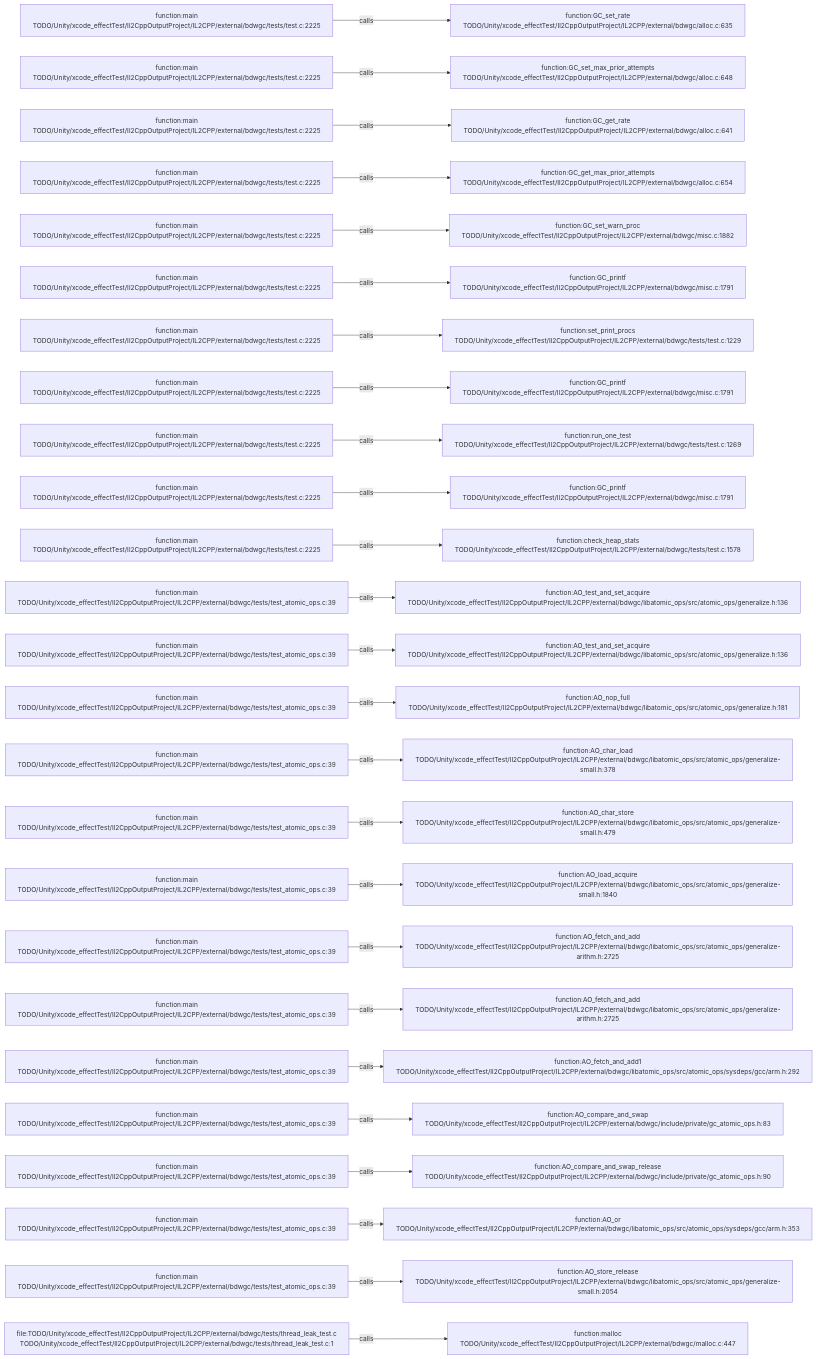
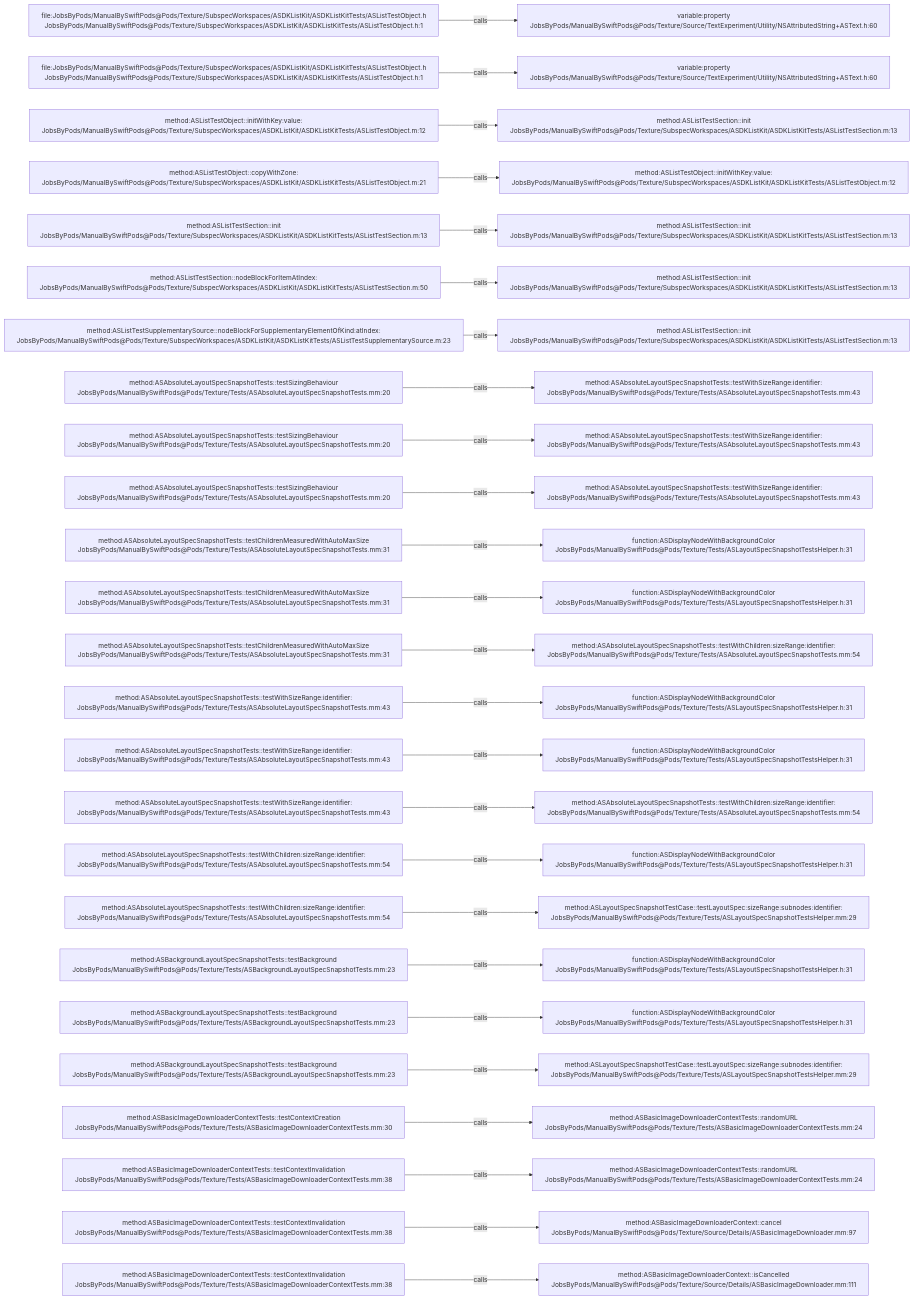
Before and after one commit to JobsKits/JobsSwiftBaseConfigDemo: the diagram in .codegraph/codegraph.md/graphs/calls-179.md, drawn with Mermaid. The commit also changed 2959 other files, not shown here.

````diff
--- a/.codegraph/codegraph.md/graphs/calls-179.md
+++ b/.codegraph/codegraph.md/graphs/calls-179.md
@@ -13,78 +13,78 @@
 ```mermaid
 flowchart LR
-  S1["function:main<br/>TODO/Unity/xcode_effectTest/Il2CppOutputProject/IL2CPP/external/bdwgc/tests/test.c:2225"]
-  T1["function:GC_set_rate<br/>TODO/Unity/xcode_effectTest/Il2CppOutputProject/IL2CPP/external/bdwgc/alloc.c:635"]
+  S1["file:JobsByPods/ManualBySwiftPods@Pods/Texture/SubspecWorkspaces/ASDKListKit/ASDKListKitTests/ASListTestObject.h<br/>JobsByPods/ManualBySwiftPods@Pods/Texture/SubspecWorkspaces/ASDKListKit/ASDKListKitTests/ASListTestObject.h:1"]
+  T1["variable:property<br/>JobsByPods/ManualBySwiftPods@Pods/Texture/Source/TextExperiment/Utility/NSAttributedString+ASText.h:60"]
   S1 -->|calls| T1
-  S2["function:main<br/>TODO/Unity/xcode_effectTest/Il2CppOutputProject/IL2CPP/external/bdwgc/tests/test.c:2225"]
-  T2["function:GC_set_max_prior_attempts<br/>TODO/Unity/xcode_effectTest/Il2CppOutputProject/IL2CPP/external/bdwgc/alloc.c:648"]
+  S2["file:JobsByPods/ManualBySwiftPods@Pods/Texture/SubspecWorkspaces/ASDKListKit/ASDKListKitTests/ASListTestObject.h<br/>JobsByPods/ManualBySwiftPods@Pods/Texture/SubspecWorkspaces/ASDKListKit/ASDKListKitTests/ASListTestObject.h:1"]
+  T2["variable:property<br/>JobsByPods/ManualBySwiftPods@Pods/Texture/Source/TextExperiment/Utility/NSAttributedString+ASText.h:60"]
   S2 -->|calls| T2
-  S3["function:main<br/>TODO/Unity/xcode_effectTest/Il2CppOutputProject/IL2CPP/external/bdwgc/tests/test.c:2225"]
-  T3["function:GC_get_rate<br/>TODO/Unity/xcode_effectTest/Il2CppOutputProject/IL2CPP/external/bdwgc/alloc.c:641"]
+  S3["method:ASListTestObject::initWithKey:value:<br/>JobsByPods/ManualBySwiftPods@Pods/Texture/SubspecWorkspaces/ASDKListKit/ASDKListKitTests/ASListTestObject.m:12"]
+  T3["method:ASListTestSection::init<br/>JobsByPods/ManualBySwiftPods@Pods/Texture/SubspecWorkspaces/ASDKListKit/ASDKListKitTests/ASListTestSection.m:13"]
   S3 -->|calls| T3
-  S4["function:main<br/>TODO/Unity/xcode_effectTest/Il2CppOutputProject/IL2CPP/external/bdwgc/tests/test.c:2225"]
-  T4["function:GC_get_max_prior_attempts<br/>TODO/Unity/xcode_effectTest/Il2CppOutputProject/IL2CPP/external/bdwgc/alloc.c:654"]
+  S4["method:ASListTestObject::copyWithZone:<br/>JobsByPods/ManualBySwiftPods@Pods/Texture/SubspecWorkspaces/ASDKListKit/ASDKListKitTests/ASListTestObject.m:21"]
+  T4["method:ASListTestObject::initWithKey:value:<br/>JobsByPods/ManualBySwiftPods@Pods/Texture/SubspecWorkspaces/ASDKListKit/ASDKListKitTests/ASListTestObject.m:12"]
   S4 -->|calls| T4
-  S5["function:main<br/>TODO/Unity/xcode_effectTest/Il2CppOutputProject/IL2CPP/external/bdwgc/tests/test.c:2225"]
-  T5["function:GC_set_warn_proc<br/>TODO/Unity/xcode_effectTest/Il2CppOutputProject/IL2CPP/external/bdwgc/misc.c:1882"]
+  S5["method:ASListTestSection::init<br/>JobsByPods/ManualBySwiftPods@Pods/Texture/SubspecWorkspaces/ASDKListKit/ASDKListKitTests/ASListTestSection.m:13"]
+  T5["method:ASListTestSection::init<br/>JobsByPods/ManualBySwiftPods@Pods/Texture/SubspecWorkspaces/ASDKListKit/ASDKListKitTests/ASListTestSection.m:13"]
   S5 -->|calls| T5
-  S6["function:main<br/>TODO/Unity/xcode_effectTest/Il2CppOutputProject/IL2CPP/external/bdwgc/tests/test.c:2225"]
-  T6["function:GC_printf<br/>TODO/Unity/xcode_effectTest/Il2CppOutputProject/IL2CPP/external/bdwgc/misc.c:1791"]
+  S6["method:ASListTestSection::nodeBlockForItemAtIndex:<br/>JobsByPods/ManualBySwiftPods@Pods/Texture/SubspecWorkspaces/ASDKListKit/ASDKListKitTests/ASListTestSection.m:50"]
+  T6["method:ASListTestSection::init<br/>JobsByPods/ManualBySwiftPods@Pods/Texture/SubspecWorkspaces/ASDKListKit/ASDKListKitTests/ASListTestSection.m:13"]
   S6 -->|calls| T6
-  S7["function:main<br/>TODO/Unity/xcode_effectTest/Il2CppOutputProject/IL2CPP/external/bdwgc/tests/test.c:2225"]
-  T7["function:set_print_procs<br/>TODO/Unity/xcode_effectTest/Il2CppOutputProject/IL2CPP/external/bdwgc/tests/test.c:1229"]
+  S7["method:ASListTestSupplementarySource::nodeBlockForSupplementaryElementOfKind:atIndex:<br/>JobsByPods/ManualBySwiftPods@Pods/Texture/SubspecWorkspaces/ASDKListKit/ASDKListKitTests/ASListTestSupplementarySource.m:23"]
+  T7["method:ASListTestSection::init<br/>JobsByPods/ManualBySwiftPods@Pods/Texture/SubspecWorkspaces/ASDKListKit/ASDKListKitTests/ASListTestSection.m:13"]
   S7 -->|calls| T7
-  S8["function:main<br/>TODO/Unity/xcode_effectTest/Il2CppOutputProject/IL2CPP/external/bdwgc/tests/test.c:2225"]
-  T8["function:GC_printf<br/>TODO/Unity/xcode_effectTest/Il2CppOutputProject/IL2CPP/external/bdwgc/misc.c:1791"]
+  S8["method:ASAbsoluteLayoutSpecSnapshotTests::testSizingBehaviour<br/>JobsByPods/ManualBySwiftPods@Pods/Texture/Tests/ASAbsoluteLayoutSpecSnapshotTests.mm:20"]
+  T8["method:ASAbsoluteLayoutSpecSnapshotTests::testWithSizeRange:identifier:<br/>JobsByPods/ManualBySwiftPods@Pods/Texture/Tests/ASAbsoluteLayoutSpecSnapshotTests.mm:43"]
   S8 -->|calls| T8
-  S9["function:main<br/>TODO/Unity/xcode_effectTest/Il2CppOutputProject/IL2CPP/external/bdwgc/tests/test.c:2225"]
-  T9["function:run_one_test<br/>TODO/Unity/xcode_effectTest/Il2CppOutputProject/IL2CPP/external/bdwgc/tests/test.c:1269"]
+  S9["method:ASAbsoluteLayoutSpecSnapshotTests::testSizingBehaviour<br/>JobsByPods/ManualBySwiftPods@Pods/Texture/Tests/ASAbsoluteLayoutSpecSnapshotTests.mm:20"]
+  T9["method:ASAbsoluteLayoutSpecSnapshotTests::testWithSizeRange:identifier:<br/>JobsByPods/ManualBySwiftPods@Pods/Texture/Tests/ASAbsoluteLayoutSpecSnapshotTests.mm:43"]
   S9 -->|calls| T9
-  S10["function:main<br/>TODO/Unity/xcode_effectTest/Il2CppOutputProject/IL2CPP/external/bdwgc/tests/test.c:2225"]
-  T10["function:GC_printf<br/>TODO/Unity/xcode_effectTest/Il2CppOutputProject/IL2CPP/external/bdwgc/misc.c:1791"]
+  S10["method:ASAbsoluteLayoutSpecSnapshotTests::testSizingBehaviour<br/>JobsByPods/ManualBySwiftPods@Pods/Texture/Tests/ASAbsoluteLayoutSpecSnapshotTests.mm:20"]
+  T10["method:ASAbsoluteLayoutSpecSnapshotTests::testWithSizeRange:identifier:<br/>JobsByPods/ManualBySwiftPods@Pods/Texture/Tests/ASAbsoluteLayoutSpecSnapshotTests.mm:43"]
   S10 -->|calls| T10
-  S11["function:main<br/>TODO/Unity/xcode_effectTest/Il2CppOutputProject/IL2CPP/external/bdwgc/tests/test.c:2225"]
-  T11["function:check_heap_stats<br/>TODO/Unity/xcode_effectTest/Il2CppOutputProject/IL2CPP/external/bdwgc/tests/test.c:1578"]
+  S11["method:ASAbsoluteLayoutSpecSnapshotTests::testChildrenMeasuredWithAutoMaxSize<br/>JobsByPods/ManualBySwiftPods@Pods/Texture/Tests/ASAbsoluteLayoutSpecSnapshotTests.mm:31"]
+  T11["function:ASDisplayNodeWithBackgroundColor<br/>JobsByPods/ManualBySwiftPods@Pods/Texture/Tests/ASLayoutSpecSnapshotTestsHelper.h:31"]
   S11 -->|calls| T11
-  S12["function:main<br/>TODO/Unity/xcode_effectTest/Il2CppOutputProject/IL2CPP/external/bdwgc/tests/test_atomic_ops.c:39"]
-  T12["function:AO_test_and_set_acquire<br/>TODO/Unity/xcode_effectTest/Il2CppOutputProject/IL2CPP/external/bdwgc/libatomic_ops/src/atomic_ops/generalize.h:136"]
+  S12["method:ASAbsoluteLayoutSpecSnapshotTests::testChildrenMeasuredWithAutoMaxSize<br/>JobsByPods/ManualBySwiftPods@Pods/Texture/Tests/ASAbsoluteLayoutSpecSnapshotTests.mm:31"]
+  T12["function:ASDisplayNodeWithBackgroundColor<br/>JobsByPods/ManualBySwiftPods@Pods/Texture/Tests/ASLayoutSpecSnapshotTestsHelper.h:31"]
   S12 -->|calls| T12
-  S13["function:main<br/>TODO/Unity/xcode_effectTest/Il2CppOutputProject/IL2CPP/external/bdwgc/tests/test_atomic_ops.c:39"]
-  T13["function:AO_test_and_set_acquire<br/>TODO/Unity/xcode_effectTest/Il2CppOutputProject/IL2CPP/external/bdwgc/libatomic_ops/src/atomic_ops/generalize.h:136"]
+  S13["method:ASAbsoluteLayoutSpecSnapshotTests::testChildrenMeasuredWithAutoMaxSize<br/>JobsByPods/ManualBySwiftPods@Pods/Texture/Tests/ASAbsoluteLayoutSpecSnapshotTests.mm:31"]
+  T13["method:ASAbsoluteLayoutSpecSnapshotTests::testWithChildren:sizeRange:identifier:<br/>JobsByPods/ManualBySwiftPods@Pods/Texture/Tests/ASAbsoluteLayoutSpecSnapshotTests.mm:54"]
   S13 -->|calls| T13
-  S14["function:main<br/>TODO/Unity/xcode_effectTest/Il2CppOutputProject/IL2CPP/external/bdwgc/tests/test_atomic_ops.c:39"]
-  T14["function:AO_nop_full<br/>TODO/Unity/xcode_effectTest/Il2CppOutputProject/IL2CPP/external/bdwgc/libatomic_ops/src/atomic_ops/generalize.h:181"]
+  S14["method:ASAbsoluteLayoutSpecSnapshotTests::testWithSizeRange:identifier:<br/>JobsByPods/ManualBySwiftPods@Pods/Texture/Tests/ASAbsoluteLayoutSpecSnapshotTests.mm:43"]
+  T14["function:ASDisplayNodeWithBackgroundColor<br/>JobsByPods/ManualBySwiftPods@Pods/Texture/Tests/ASLayoutSpecSnapshotTestsHelper.h:31"]
   S14 -->|calls| T14
-  S15["function:main<br/>TODO/Unity/xcode_effectTest/Il2CppOutputProject/IL2CPP/external/bdwgc/tests/test_atomic_ops.c:39"]
-  T15["function:AO_char_load<br/>TODO/Unity/xcode_effectTest/Il2CppOutputProject/IL2CPP/external/bdwgc/libatomic_ops/src/atomic_ops/generalize-small.h:378"]
+  S15["method:ASAbsoluteLayoutSpecSnapshotTests::testWithSizeRange:identifier:<br/>JobsByPods/ManualBySwiftPods@Pods/Texture/Tests/ASAbsoluteLayoutSpecSnapshotTests.mm:43"]
+  T15["function:ASDisplayNodeWithBackgroundColor<br/>JobsByPods/ManualBySwiftPods@Pods/Texture/Tests/ASLayoutSpecSnapshotTestsHelper.h:31"]
   S15 -->|calls| T15
-  S16["function:main<br/>TODO/Unity/xcode_effectTest/Il2CppOutputProject/IL2CPP/external/bdwgc/tests/test_atomic_ops.c:39"]
-  T16["function:AO_char_store<br/>TODO/Unity/xcode_effectTest/Il2CppOutputProject/IL2CPP/external/bdwgc/libatomic_ops/src/atomic_ops/generalize-small.h:479"]
+  S16["method:ASAbsoluteLayoutSpecSnapshotTests::testWithSizeRange:identifier:<br/>JobsByPods/ManualBySwiftPods@Pods/Texture/Tests/ASAbsoluteLayoutSpecSnapshotTests.mm:43"]
+  T16["method:ASAbsoluteLayoutSpecSnapshotTests::testWithChildren:sizeRange:identifier:<br/>JobsByPods/ManualBySwiftPods@Pods/Texture/Tests/ASAbsoluteLayoutSpecSnapshotTests.mm:54"]
   S16 -->|calls| T16
-  S17["function:main<br/>TODO/Unity/xcode_effectTest/Il2CppOutputProject/IL2CPP/external/bdwgc/tests/test_atomic_ops.c:39"]
-  T17["function:AO_load_acquire<br/>TODO/Unity/xcode_effectTest/Il2CppOutputProject/IL2CPP/external/bdwgc/libatomic_ops/src/atomic_ops/generalize-small.h:1840"]
+  S17["method:ASAbsoluteLayoutSpecSnapshotTests::testWithChildren:sizeRange:identifier:<br/>JobsByPods/ManualBySwiftPods@Pods/Texture/Tests/ASAbsoluteLayoutSpecSnapshotTests.mm:54"]
+  T17["function:ASDisplayNodeWithBackgroundColor<br/>JobsByPods/ManualBySwiftPods@Pods/Texture/Tests/ASLayoutSpecSnapshotTestsHelper.h:31"]
   S17 -->|calls| T17
-  S18["function:main<br/>TODO/Unity/xcode_effectTest/Il2CppOutputProject/IL2CPP/external/bdwgc/tests/test_atomic_ops.c:39"]
-  T18["function:AO_fetch_and_add<br/>TODO/Unity/xcode_effectTest/Il2CppOutputProject/IL2CPP/external/bdwgc/libatomic_ops/src/atomic_ops/generalize-arithm.h:2725"]
+  S18["method:ASAbsoluteLayoutSpecSnapshotTests::testWithChildren:sizeRange:identifier:<br/>JobsByPods/ManualBySwiftPods@Pods/Texture/Tests/ASAbsoluteLayoutSpecSnapshotTests.mm:54"]
+  T18["method:ASLayoutSpecSnapshotTestCase::testLayoutSpec:sizeRange:subnodes:identifier:<br/>JobsByPods/ManualBySwiftPods@Pods/Texture/Tests/ASLayoutSpecSnapshotTestsHelper.mm:29"]
   S18 -->|calls| T18
-  S19["function:main<br/>TODO/Unity/xcode_effectTest/Il2CppOutputProject/IL2CPP/external/bdwgc/tests/test_atomic_ops.c:39"]
-  T19["function:AO_fetch_and_add<br/>TODO/Unity/xcode_effectTest/Il2CppOutputProject/IL2CPP/external/bdwgc/libatomic_ops/src/atomic_ops/generalize-arithm.h:2725"]
+  S19["method:ASBackgroundLayoutSpecSnapshotTests::testBackground<br/>JobsByPods/ManualBySwiftPods@Pods/Texture/Tests/ASBackgroundLayoutSpecSnapshotTests.mm:23"]
+  T19["function:ASDisplayNodeWithBackgroundColor<br/>JobsByPods/ManualBySwiftPods@Pods/Texture/Tests/ASLayoutSpecSnapshotTestsHelper.h:31"]
   S19 -->|calls| T19
-  S20["function:main<br/>TODO/Unity/xcode_effectTest/Il2CppOutputProject/IL2CPP/external/bdwgc/tests/test_atomic_ops.c:39"]
-  T20["function:AO_fetch_and_add1<br/>TODO/Unity/xcode_effectTest/Il2CppOutputProject/IL2CPP/external/bdwgc/libatomic_ops/src/atomic_ops/sysdeps/gcc/arm.h:292"]
+  S20["method:ASBackgroundLayoutSpecSnapshotTests::testBackground<br/>JobsByPods/ManualBySwiftPods@Pods/Texture/Tests/ASBackgroundLayoutSpecSnapshotTests.mm:23"]
+  T20["function:ASDisplayNodeWithBackgroundColor<br/>JobsByPods/ManualBySwiftPods@Pods/Texture/Tests/ASLayoutSpecSnapshotTestsHelper.h:31"]
   S20 -->|calls| T20
-  S21["function:main<br/>TODO/Unity/xcode_effectTest/Il2CppOutputProject/IL2CPP/external/bdwgc/tests/test_atomic_ops.c:39"]
-  T21["function:AO_compare_and_swap<br/>TODO/Unity/xcode_effectTest/Il2CppOutputProject/IL2CPP/external/bdwgc/include/private/gc_atomic_ops.h:83"]
+  S21["method:ASBackgroundLayoutSpecSnapshotTests::testBackground<br/>JobsByPods/ManualBySwiftPods@Pods/Texture/Tests/ASBackgroundLayoutSpecSnapshotTests.mm:23"]
+  T21["method:ASLayoutSpecSnapshotTestCase::testLayoutSpec:sizeRange:subnodes:identifier:<br/>JobsByPods/ManualBySwiftPods@Pods/Texture/Tests/ASLayoutSpecSnapshotTestsHelper.mm:29"]
   S21 -->|calls| T21
-  S22["function:main<br/>TODO/Unity/xcode_effectTest/Il2CppOutputProject/IL2CPP/external/bdwgc/tests/test_atomic_ops.c:39"]
-  T22["function:AO_compare_and_swap_release<br/>TODO/Unity/xcode_effectTest/Il2CppOutputProject/IL2CPP/external/bdwgc/include/private/gc_atomic_ops.h:90"]
+  S22["method:ASBasicImageDownloaderContextTests::testContextCreation<br/>JobsByPods/ManualBySwiftPods@Pods/Texture/Tests/ASBasicImageDownloaderContextTests.mm:30"]
+  T22["method:ASBasicImageDownloaderContextTests::randomURL<br/>JobsByPods/ManualBySwiftPods@Pods/Texture/Tests/ASBasicImageDownloaderContextTests.mm:24"]
   S22 -->|calls| T22
-  S23["function:main<br/>TODO/Unity/xcode_effectTest/Il2CppOutputProject/IL2CPP/external/bdwgc/tests/test_atomic_ops.c:39"]
-  T23["function:AO_or<br/>TODO/Unity/xcode_effectTest/Il2CppOutputProject/IL2CPP/external/bdwgc/libatomic_ops/src/atomic_ops/sysdeps/gcc/arm.h:353"]
+  S23["method:ASBasicImageDownloaderContextTests::testContextInvalidation<br/>JobsByPods/ManualBySwiftPods@Pods/Texture/Tests/ASBasicImageDownloaderContextTests.mm:38"]
+  T23["method:ASBasicImageDownloaderContextTests::randomURL<br/>JobsByPods/ManualBySwiftPods@Pods/Texture/Tests/ASBasicImageDownloaderContextTests.mm:24"]
   S23 -->|calls| T23
-  S24["function:main<br/>TODO/Unity/xcode_effectTest/Il2CppOutputProject/IL2CPP/external/bdwgc/tests/test_atomic_ops.c:39"]
-  T24["function:AO_store_release<br/>TODO/Unity/xcode_effectTest/Il2CppOutputProject/IL2CPP/external/bdwgc/libatomic_ops/src/atomic_ops/generalize-small.h:2054"]
+  S24["method:ASBasicImageDownloaderContextTests::testContextInvalidation<br/>JobsByPods/ManualBySwiftPods@Pods/Texture/Tests/ASBasicImageDownloaderContextTests.mm:38"]
+  T24["method:ASBasicImageDownloaderContext::cancel<br/>JobsByPods/ManualBySwiftPods@Pods/Texture/Source/Details/ASBasicImageDownloader.mm:97"]
   S24 -->|calls| T24
-  S25["file:TODO/Unity/xcode_effectTest/Il2CppOutputProject/IL2CPP/external/bdwgc/tests/thread_leak_test.c<br/>TODO/Unity/xcode_effectTest/Il2CppOutputProject/IL2CPP/external/bdwgc/tests/thread_leak_test.c:1"]
-  T25["function:malloc<br/>TODO/Unity/xcode_effectTest/Il2CppOutputProject/IL2CPP/external/bdwgc/malloc.c:447"]
+  S25["method:ASBasicImageDownloaderContextTests::testContextInvalidation<br/>JobsByPods/ManualBySwiftPods@Pods/Texture/Tests/ASBasicImageDownloaderContextTests.mm:38"]
+  T25["method:ASBasicImageDownloaderContext::isCancelled<br/>JobsByPods/ManualBySwiftPods@Pods/Texture/Source/Details/ASBasicImageDownloader.mm:111"]
   S25 -->|calls| T25
 ```
````
